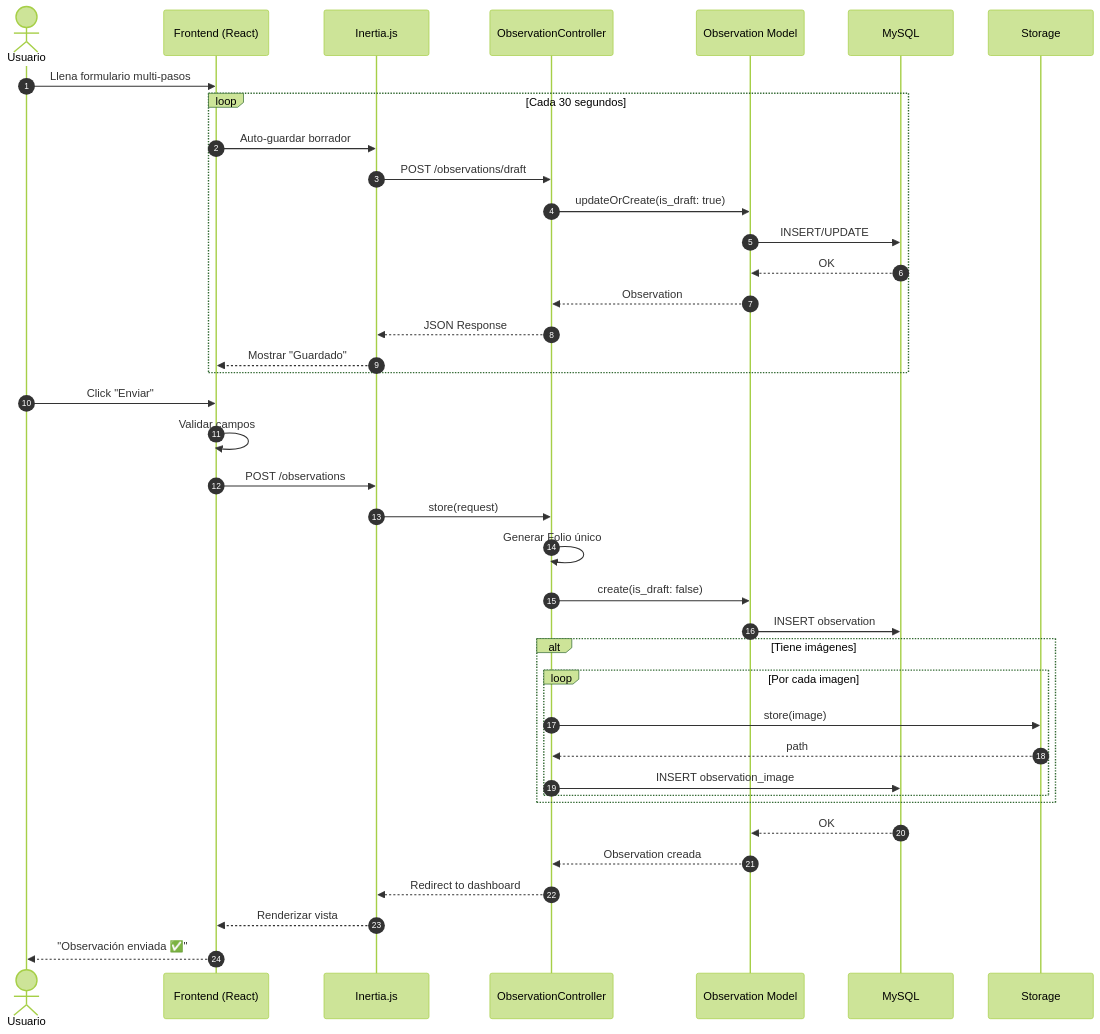
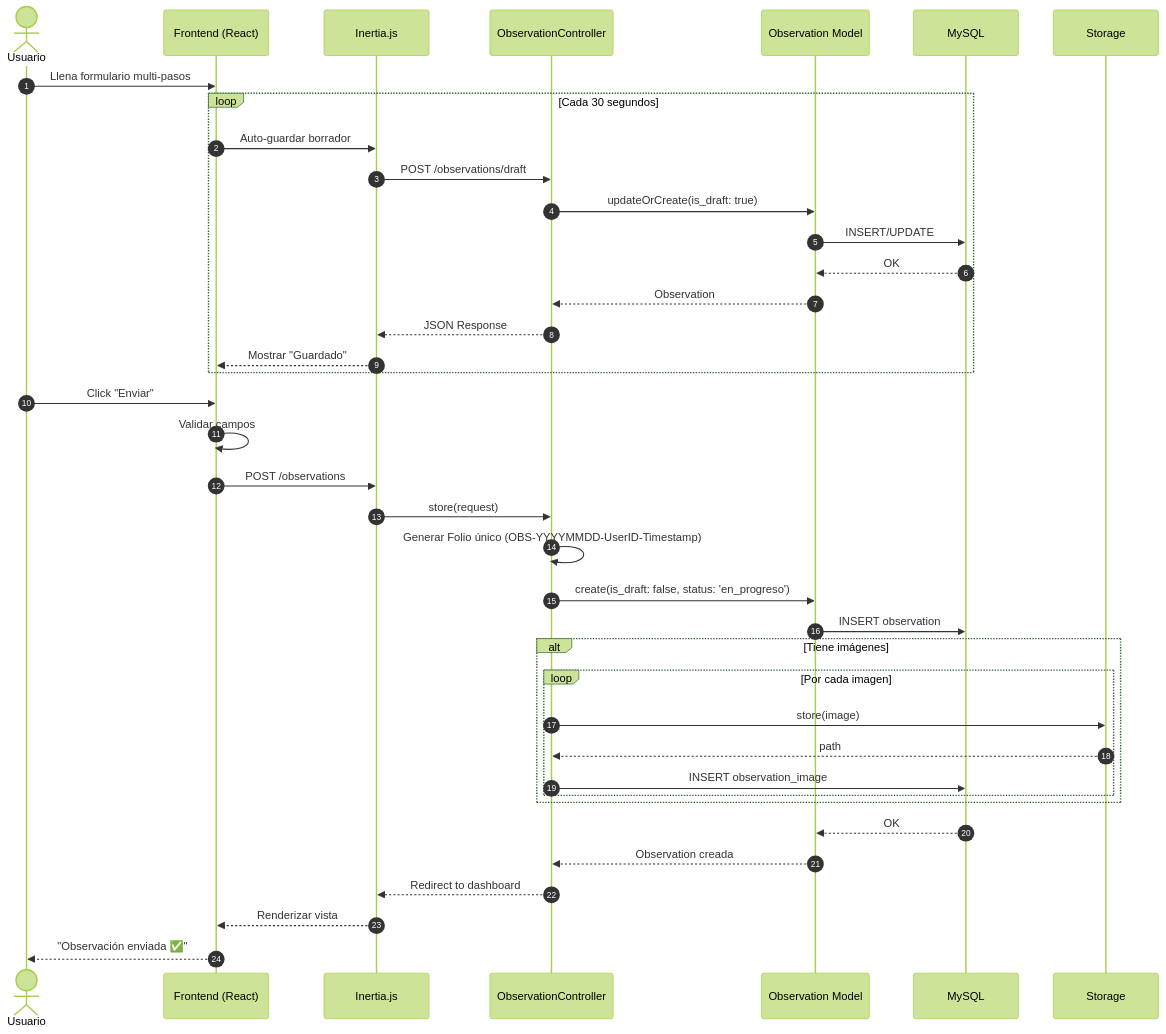
Before and after one commit to ErwinPlaza064/app-safety-observation: the sixth of 9 diagrams in README.md, drawn with Mermaid (forest theme). The commit also changed other lines of this file and 10 other files, not shown here.

````diff
--- a/README.md
+++ b/README.md
@@ -259,46 +259,46 @@
 ```mermaid
 sequenceDiagram
     autonumber
     actor U as Usuario
     participant F as Frontend (React)
     participant I as Inertia.js
     participant C as ObservationController
     participant M as Observation Model
     participant DB as MySQL
     participant S as Storage
 
     U->>F: Llena formulario multi-pasos
 
     loop Cada 30 segundos
         F->>I: Auto-guardar borrador
         I->>C: POST /observations/draft
         C->>M: updateOrCreate(is_draft: true)
         M->>DB: INSERT/UPDATE
         DB-->>M: OK
         M-->>C: Observation
         C-->>I: JSON Response
         I-->>F: Mostrar "Guardado"
     end
 
     U->>F: Click "Enviar"
     F->>F: Validar campos
     F->>I: POST /observations
     I->>C: store(request)
-    C->>C: Generar Folio único
-    C->>M: create(is_draft: false)
+    C->>C: Generar Folio único (OBS-YYYYMMDD-UserID-Timestamp)
+    C->>M: create(is_draft: false, status: 'en_progreso')
     M->>DB: INSERT observation
 
     alt Tiene imágenes
         loop Por cada imagen
             C->>S: store(image)
             S-->>C: path
             C->>DB: INSERT observation_image
         end
     end
 
     DB-->>M: OK
     M-->>C: Observation creada
     C-->>I: Redirect to dashboard
     I-->>F: Renderizar vista
     F-->>U: "Observación enviada ✅"
 ```
````
